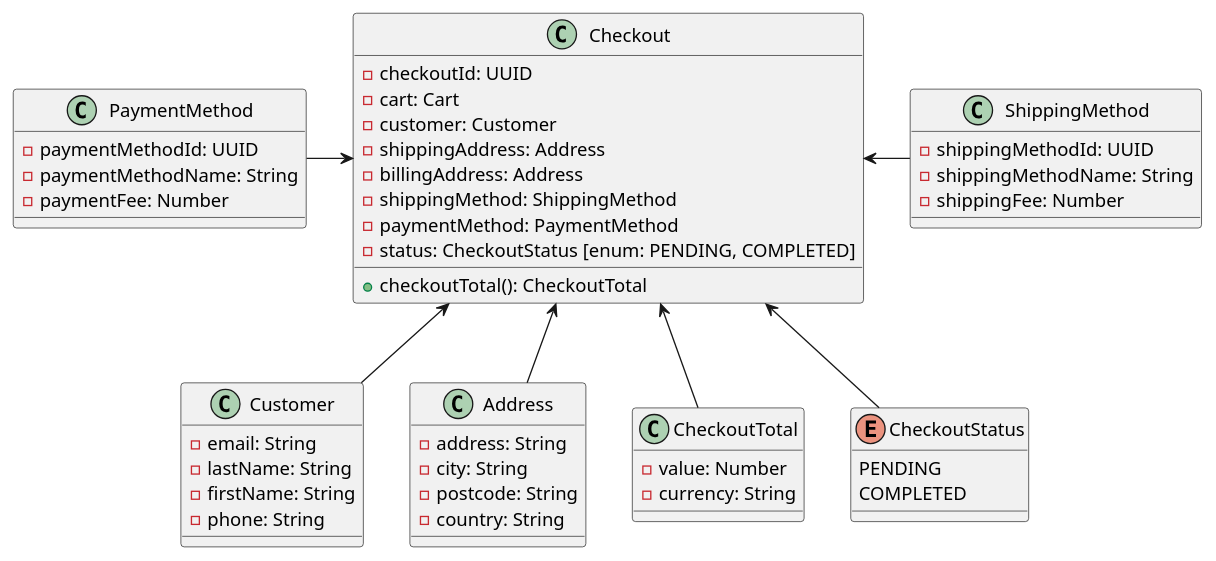
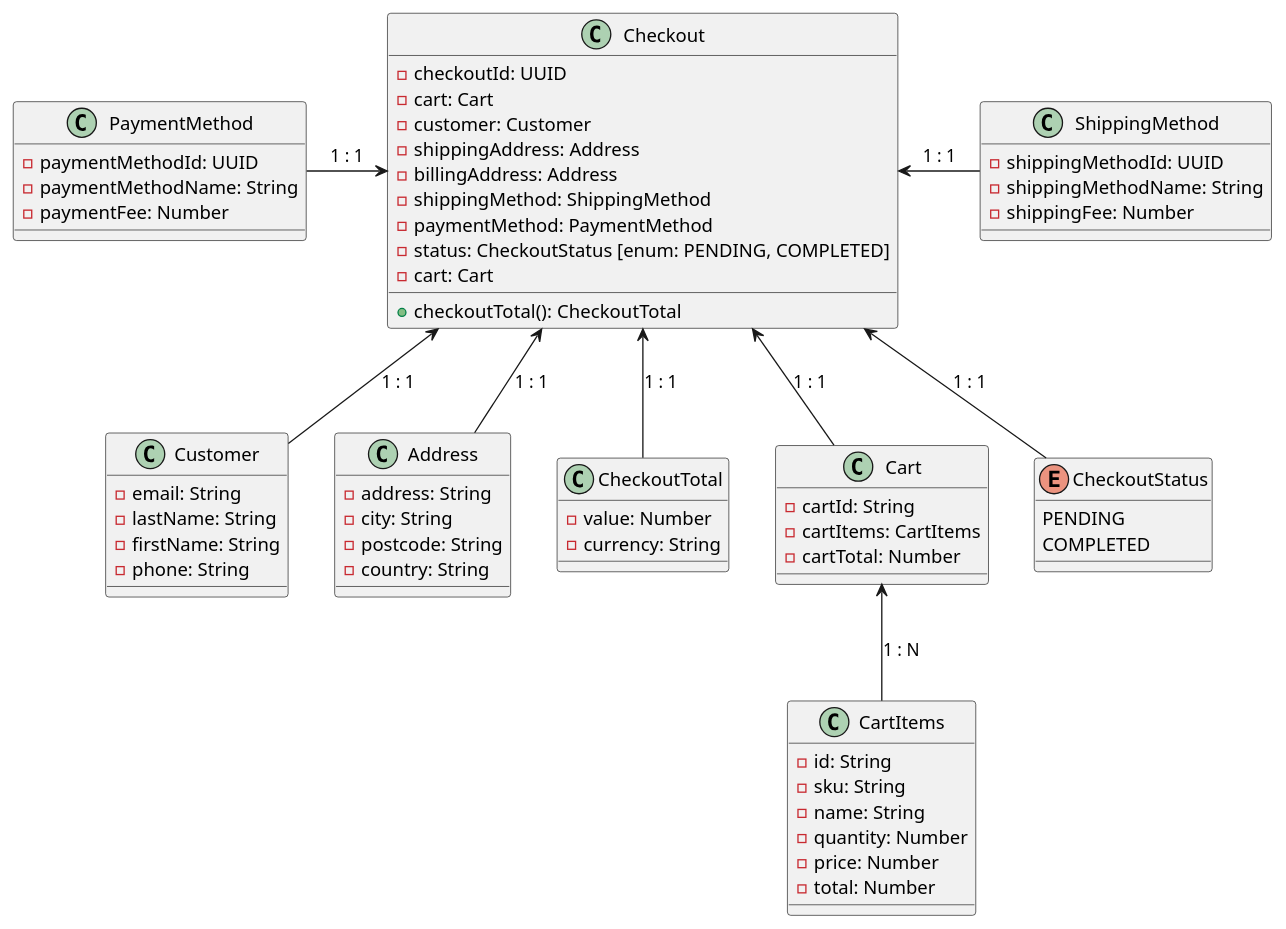
One commit to ngabesz/storefrontdemo changed the first of 2 diagrams in Checkout/App/docs/api.adoc. Above: the diagram before and after it, drawn with PlantUML.

Commit message:
update domain model

```diff
--- a/Checkout/App/docs/api.adoc
+++ b/Checkout/App/docs/api.adoc
@@ -155,57 +155,75 @@
 [plantuml]
 ----
 class Checkout {
     - checkoutId: UUID
     - cart: Cart
     - customer: Customer
     - shippingAddress: Address
     - billingAddress: Address
     - shippingMethod: ShippingMethod
     - paymentMethod: PaymentMethod
     - status: CheckoutStatus [enum: PENDING, COMPLETED]
+    - cart: Cart
     + checkoutTotal(): CheckoutTotal
 }
 
 class Customer {
     - email: String
     - lastName: String
     - firstName: String
     - phone: String
 }
 
 class Address {
     - address: String
     - city: String
     - postcode: String
     - country: String
 }
 
 class ShippingMethod {
     - shippingMethodId: UUID
     - shippingMethodName: String
     - shippingFee: Number
 }
 
 class PaymentMethod {
     - paymentMethodId: UUID
     - paymentMethodName: String
     - paymentFee: Number
 }
 
 class CheckoutTotal {
     - value: Number
     - currency: String
 }
 
+class Cart {
+    - cartId: String
+    - cartItems: CartItems
+    - cartTotal: Number
+}
+
+class CartItems {
+    - id: String
+    - sku: String
+    - name: String
+    - quantity: Number
+    - price: Number
+    - total: Number
+}
+
 enum CheckoutStatus {
     PENDING
     COMPLETED
 }
 
-Checkout <-- Customer
-Checkout <-- Address
-Checkout <- ShippingMethod
-PaymentMethod -> Checkout
-Checkout <-- CheckoutStatus
-Checkout <-- CheckoutTotal
+Checkout <-- Customer : 1 : 1
+Checkout <-- Address : 1 : 1
+Checkout <- ShippingMethod : 1 : 1
+PaymentMethod -> Checkout : 1 : 1
+Checkout <-- CheckoutStatus : 1 : 1
+Checkout <-- CheckoutTotal : 1 : 1
+Checkout <-- Cart : 1 : 1
+Cart <-- CartItems : 1 : N
 ----
```
